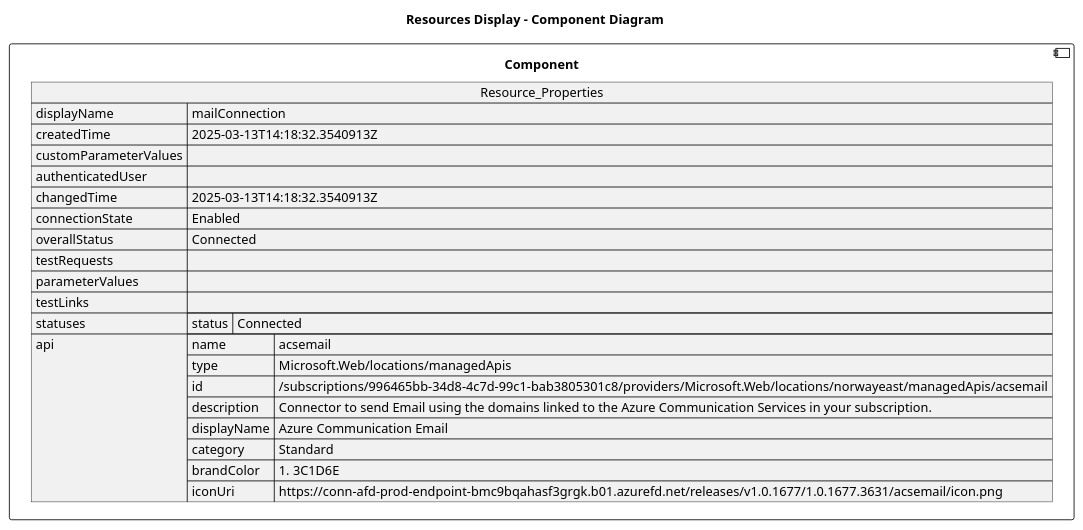
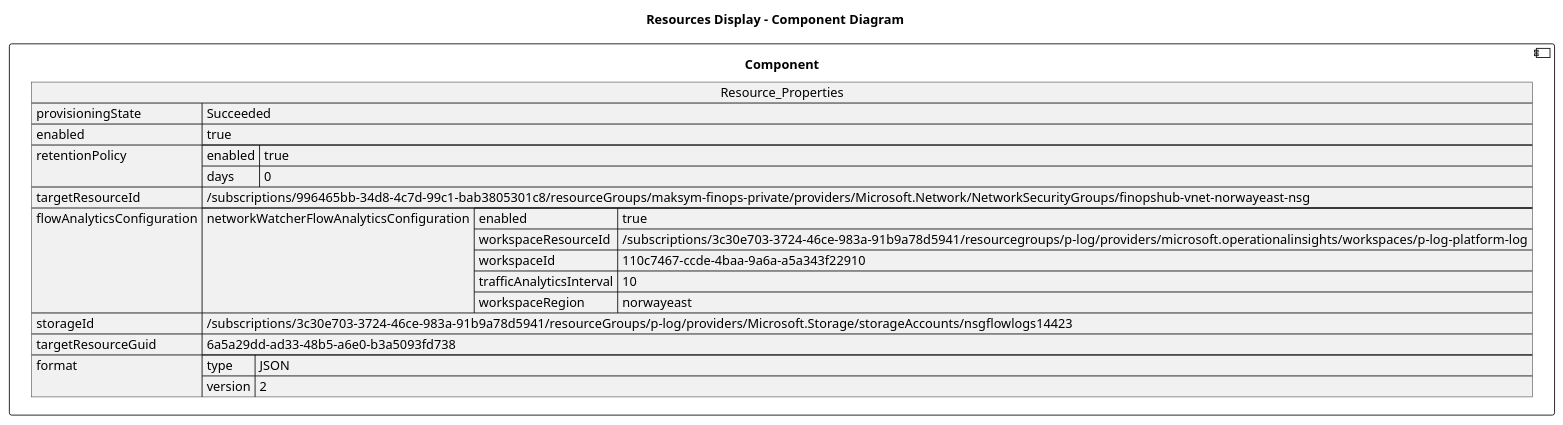
Before and after one commit to DanielAmpong/Test-Azure-architecture-diagram: the diagram in architectureDesign/PUML/NetworkWatcherRG_Resources/finopshub-vnet-norwayeast-nsg-flowlog.puml, drawn with PlantUML. The commit also changed 327 other files, not shown here.

```diff
--- a/architectureDesign/PUML/NetworkWatcherRG_Resources/finopshub-vnet-norwayeast-nsg-flowlog.puml
+++ b/architectureDesign/PUML/NetworkWatcherRG_Resources/finopshub-vnet-norwayeast-nsg-flowlog.puml
@@ -1,9 +1,32 @@
 @startuml
 
 title Resources Display - Component Diagram
 
 component Component {
 
-json  Resource_Properties {   "displayName": "mailConnection",   "createdTime": "2025-03-13T14:18:32.3540913Z",   "customParameterValues": {},   "authenticatedUser": {},   "changedTime": "2025-03-13T14:18:32.3540913Z",   "connectionState": "Enabled",   "overallStatus": "Connected",   "testRequests": [],   "parameterValues": {},   "testLinks": [],   "statuses": [     {       "status": "Connected"     }   ],   "api": {     "name": "acsemail",     "type": "Microsoft.Web/locations/managedApis",     "id": "/subscriptions/996465bb-34d8-4c7d-99c1-bab3805301c8/providers/Microsoft.Web/locations/norwayeast/managedApis/acsemail",     "description": "Connector to send Email using the domains linked to the Azure Communication Services in your subscription.",     "displayName": "Azure Communication Email",     "category": "Standard",     "brandColor": "#3C1D6E",     "iconUri": "https://conn-afd-prod-endpoint-bmc9bqahasf3grgk.b01.azurefd.net/releases/v1.0.1677/1.0.1677.3631/acsemail/icon.png"   } }
+json  Resource_Properties {
+  "provisioningState": "Succeeded",
+  "enabled": true,
+  "retentionPolicy": {
+    "enabled": true,
+    "days": 0
+  },
+  "targetResourceId": "/subscriptions/996465bb-34d8-4c7d-99c1-bab3805301c8/resourceGroups/maksym-finops-private/providers/Microsoft.Network/NetworkSecurityGroups/finopshub-vnet-norwayeast-nsg",
+  "flowAnalyticsConfiguration": {
+    "networkWatcherFlowAnalyticsConfiguration": {
+      "enabled": true,
+      "workspaceResourceId": "/subscriptions/3c30e703-3724-46ce-983a-91b9a78d5941/resourcegroups/p-log/providers/microsoft.operationalinsights/workspaces/p-log-platform-log",
+      "workspaceId": "110c7467-ccde-4baa-9a6a-a5a343f22910",
+      "trafficAnalyticsInterval": 10,
+      "workspaceRegion": "norwayeast"
+    }
+  },
+  "storageId": "/subscriptions/3c30e703-3724-46ce-983a-91b9a78d5941/resourceGroups/p-log/providers/Microsoft.Storage/storageAccounts/nsgflowlogs14423",
+  "targetResourceGuid": "6a5a29dd-ad33-48b5-a6e0-b3a5093fd738",
+  "format": {
+    "type": "JSON",
+    "version": 2
+  }
+}
 }
 @enduml
```
